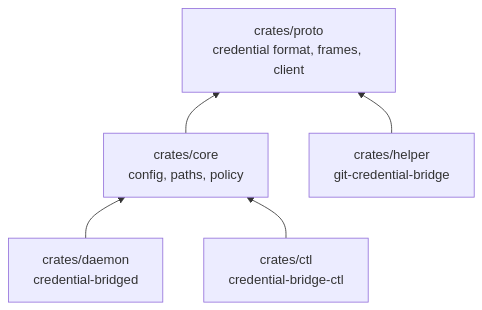
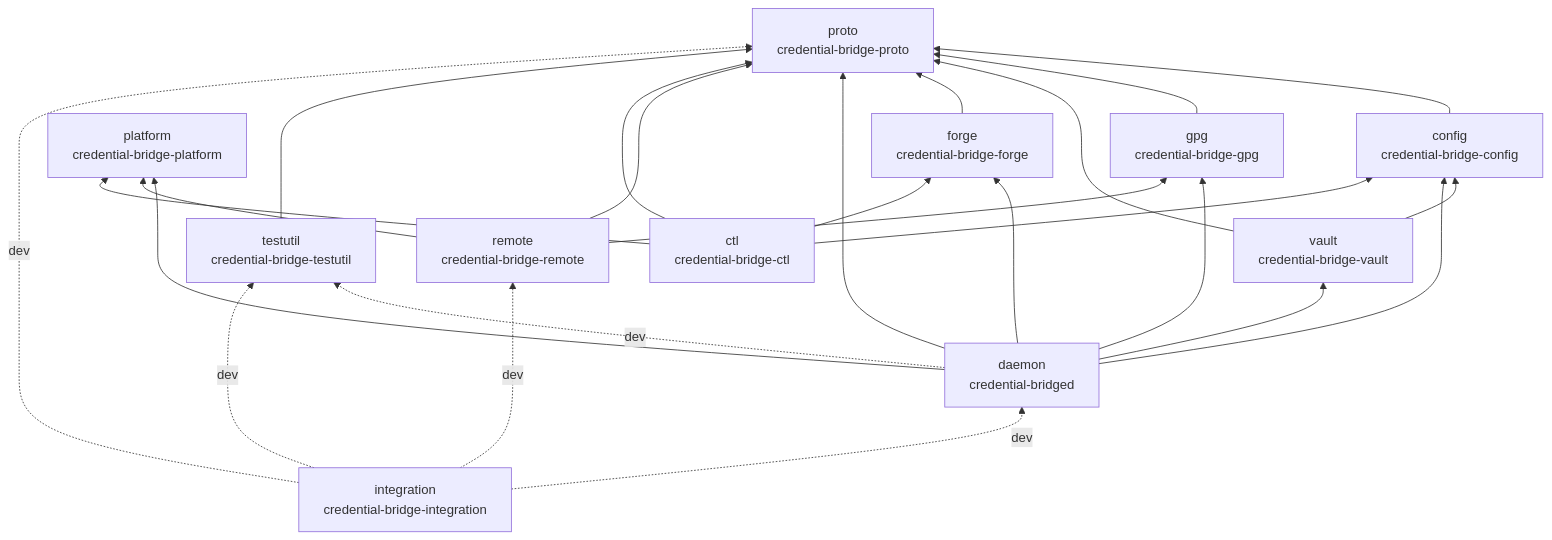
One commit to XeS0r/ssh-credential-bridge changed the third of 3 diagrams in docs/architecture.md. Above: the diagram before and after it, drawn with Mermaid. The commit also changed other lines of this file and 214 other files, not shown here.

````diff
--- a/docs/architecture.md
+++ b/docs/architecture.md
@@ -303,12 +1167,25 @@
 ```mermaid
 flowchart BT
-    proto["crates/proto<br/>credential format, frames, client"]
-    core["crates/core<br/>config, paths, policy"]
-    daemon["crates/daemon<br/>credential-bridged"]
-    ctl["crates/ctl<br/>credential-bridge-ctl"]
-    helper["crates/helper<br/>git-credential-bridge"]
-    core --> proto
-    daemon --> core
-    ctl --> core
-    helper --> proto
+    proto["proto<br/>credential-bridge-proto"]
+    config["config<br/>credential-bridge-config"]
+    platform["platform<br/>credential-bridge-platform"]
+    gpg["gpg<br/>credential-bridge-gpg"]
+    vault["vault<br/>credential-bridge-vault"]
+    forge["forge<br/>credential-bridge-forge"]
+    daemon["daemon<br/>credential-bridged"]
+    remote["remote<br/>credential-bridge-remote"]
+    ctl["ctl<br/>credential-bridge-ctl"]
+    testutil["testutil<br/>credential-bridge-testutil"]
+    integration["integration<br/>credential-bridge-integration"]
+    config --> proto
+    gpg --> proto
+    vault --> proto
+    vault --> config
+    forge --> proto
+    daemon --> proto & config & platform & gpg & vault & forge
+    remote --> proto & platform & gpg
+    ctl --> proto & config & platform & forge
+    testutil --> proto
+    daemon -. dev .-> testutil
+    integration -. dev .-> proto & testutil & daemon & remote
 ```
````
